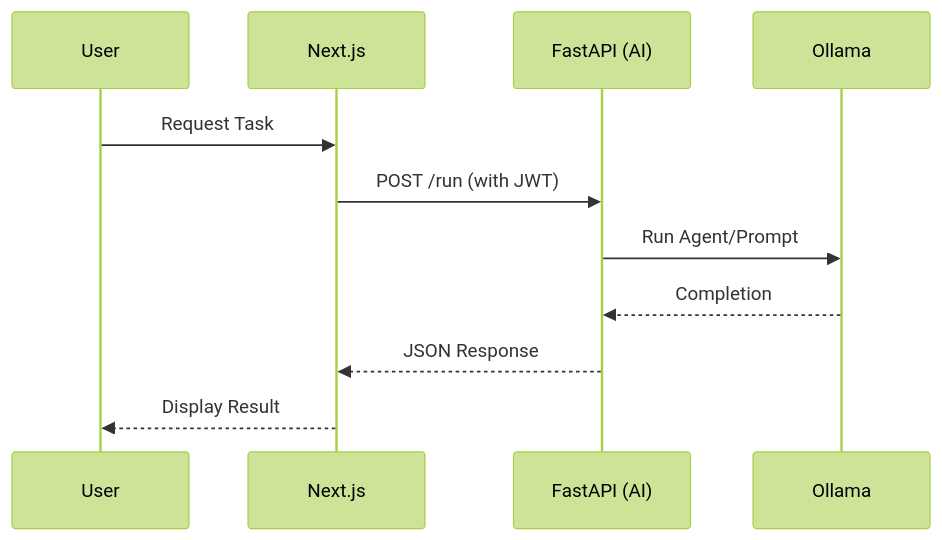
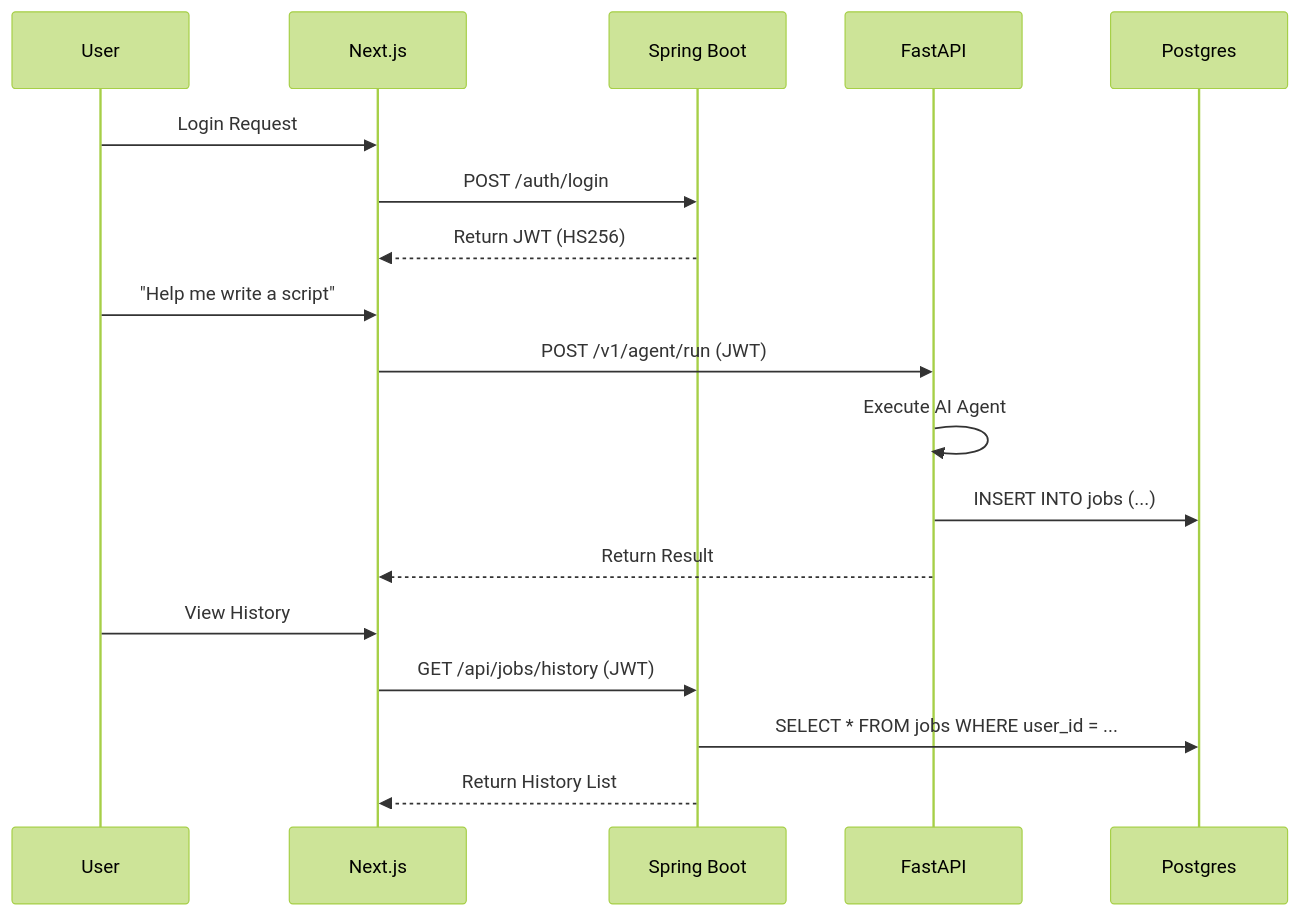
One commit to AIByJohannes/alfred changed the second of 2 diagrams in docs/architecture.md. Above: the diagram before and after it, drawn with Mermaid (forest theme). The commit also changed other lines of this file and 1 other file, not shown here.

First line of the commit message:
Update system architecture and add roadmap

````diff
--- a/docs/architecture.md
+++ b/docs/architecture.md
@@ -99,14 +91,23 @@
 ```mermaid
 sequenceDiagram
     participant U as User
     participant N as Next.js
-    participant F as FastAPI (AI)
-    participant O as Ollama
+    participant S as Spring Boot
+    participant F as FastAPI
+    participant DB as Postgres
     
-    U->>N: Request Task
-    N->>F: POST /run (with JWT)
-    F->>O: Run Agent/Prompt
-    O-->>F: Completion
-    F-->>N: JSON Response
-    N-->>U: Display Result
+    U->>N: Login Request
+    N->>S: POST /auth/login
+    S-->>N: Return JWT (HS256)
+    
+    U->>N: "Help me write a script"
+    N->>F: POST /v1/agent/run (JWT)
+    F->>F: Execute AI Agent
+    F->>DB: INSERT INTO jobs (...)
+    F-->>N: Return Result
+    
+    U->>N: View History
+    N->>S: GET /api/jobs/history (JWT)
+    S->>DB: SELECT * FROM jobs WHERE user_id = ...
+    S-->>N: Return History List
 ```
````
